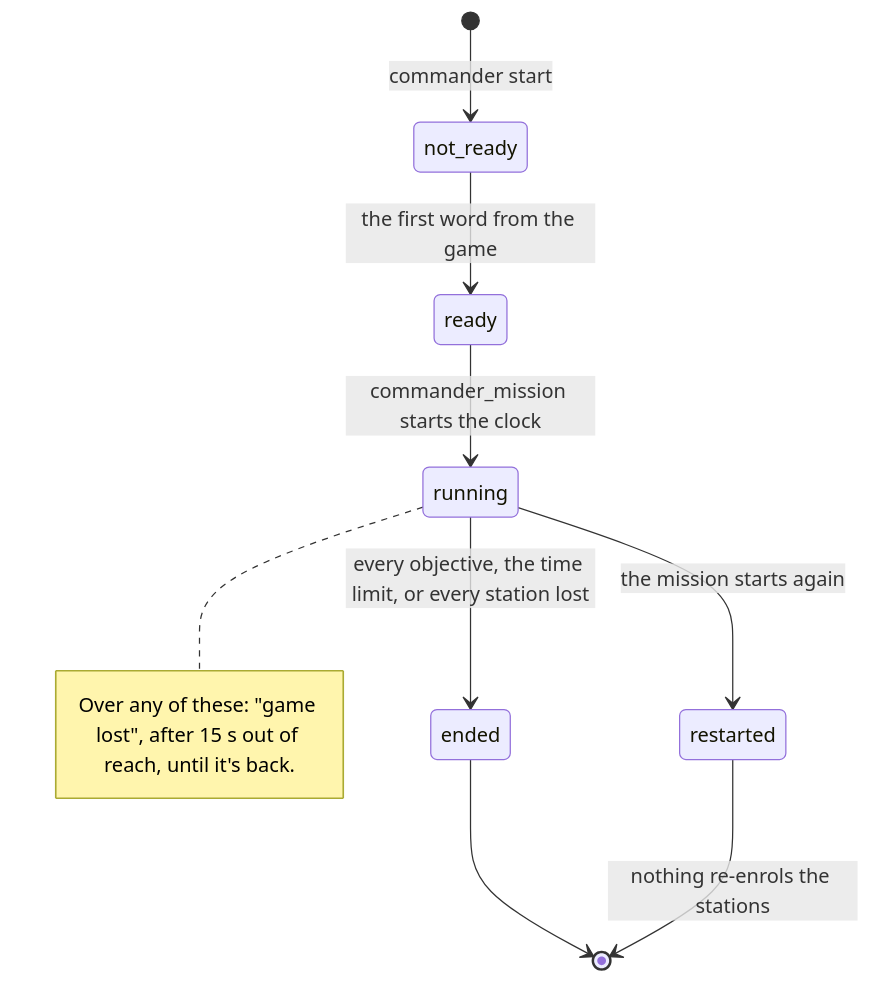
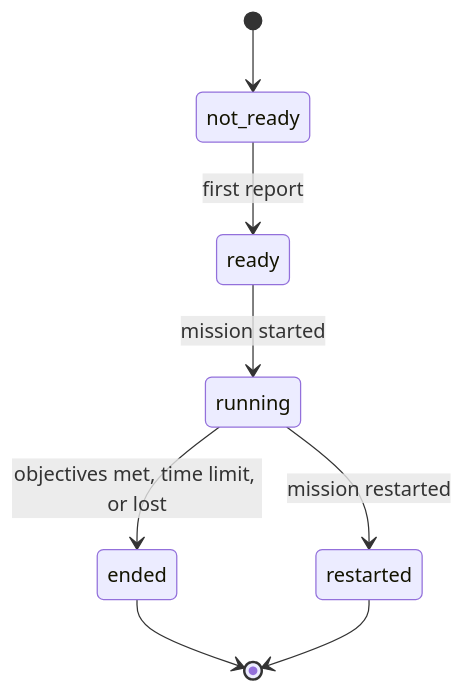
Before and after one commit to Neefay/arma3-llm-harness: diagram 14 of 23 in docs/COMMANDER_MODEL.md, drawn with Mermaid. The commit also changed other lines of this file and 1 other file, not shown here.

First line of the commit message:
Rewrite the commander model as a terse formalization

````diff
--- a/docs/COMMANDER_MODEL.md
+++ b/docs/COMMANDER_MODEL.md
@@ -832,13 +452,10 @@
 ```mermaid
 stateDiagram-v2
-  [*] --> not_ready: commander start
-  not_ready --> ready: the first word from the game
-  ready --> running: commander_mission starts the clock
-  running --> ended: every objective, the time limit, or every station lost
-  running --> restarted: the mission starts again
+  [*] --> not_ready
+  not_ready --> ready: first report
+  ready --> running: mission started
+  running --> ended: objectives met, time limit, or lost
+  running --> restarted: mission restarted
   ended --> [*]
-  restarted --> [*]: nothing re-enrols the stations
-  note right of running
-    Over any of these: "game lost", after 15 s out of reach, until it's back.
-  end note
+  restarted --> [*]
 ```
````
